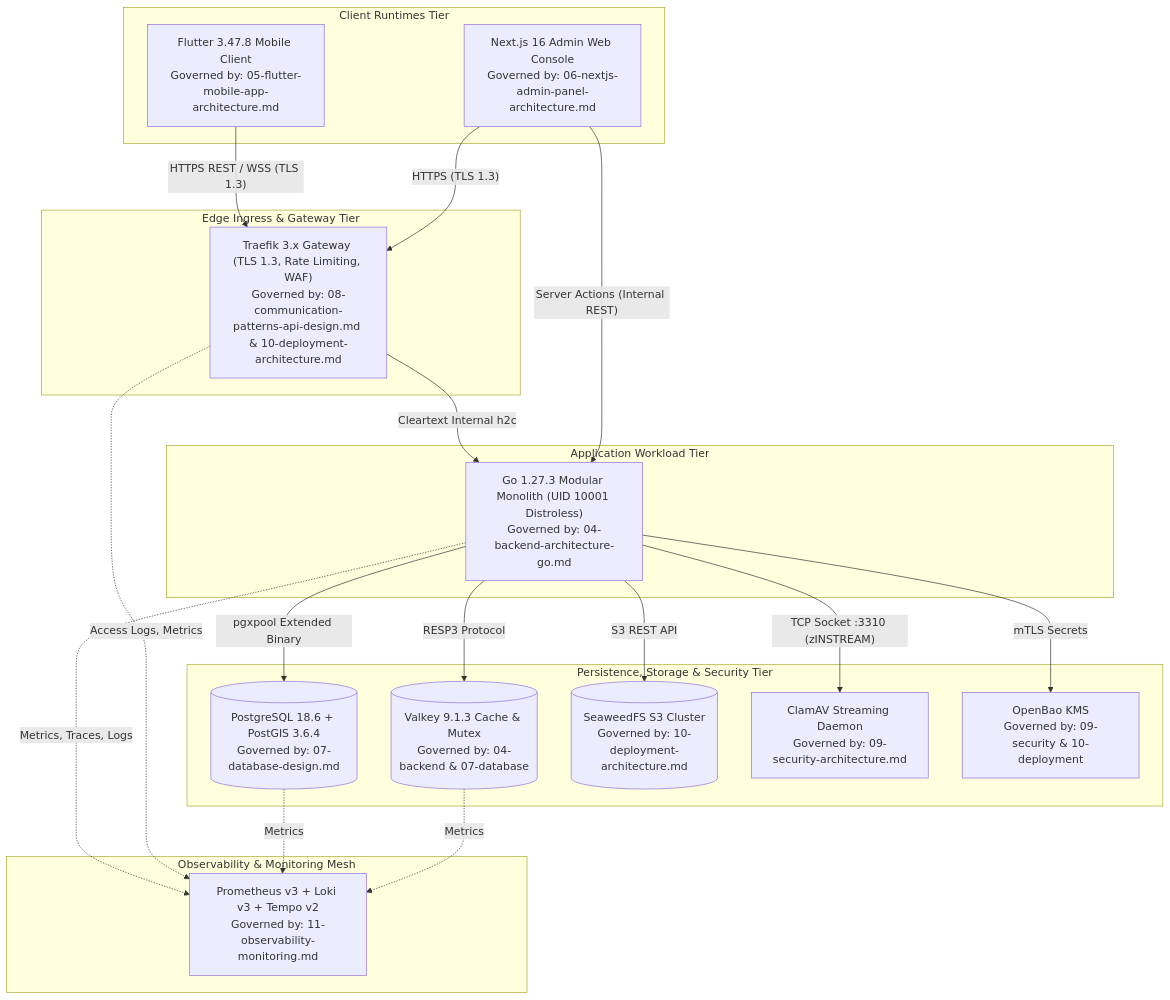
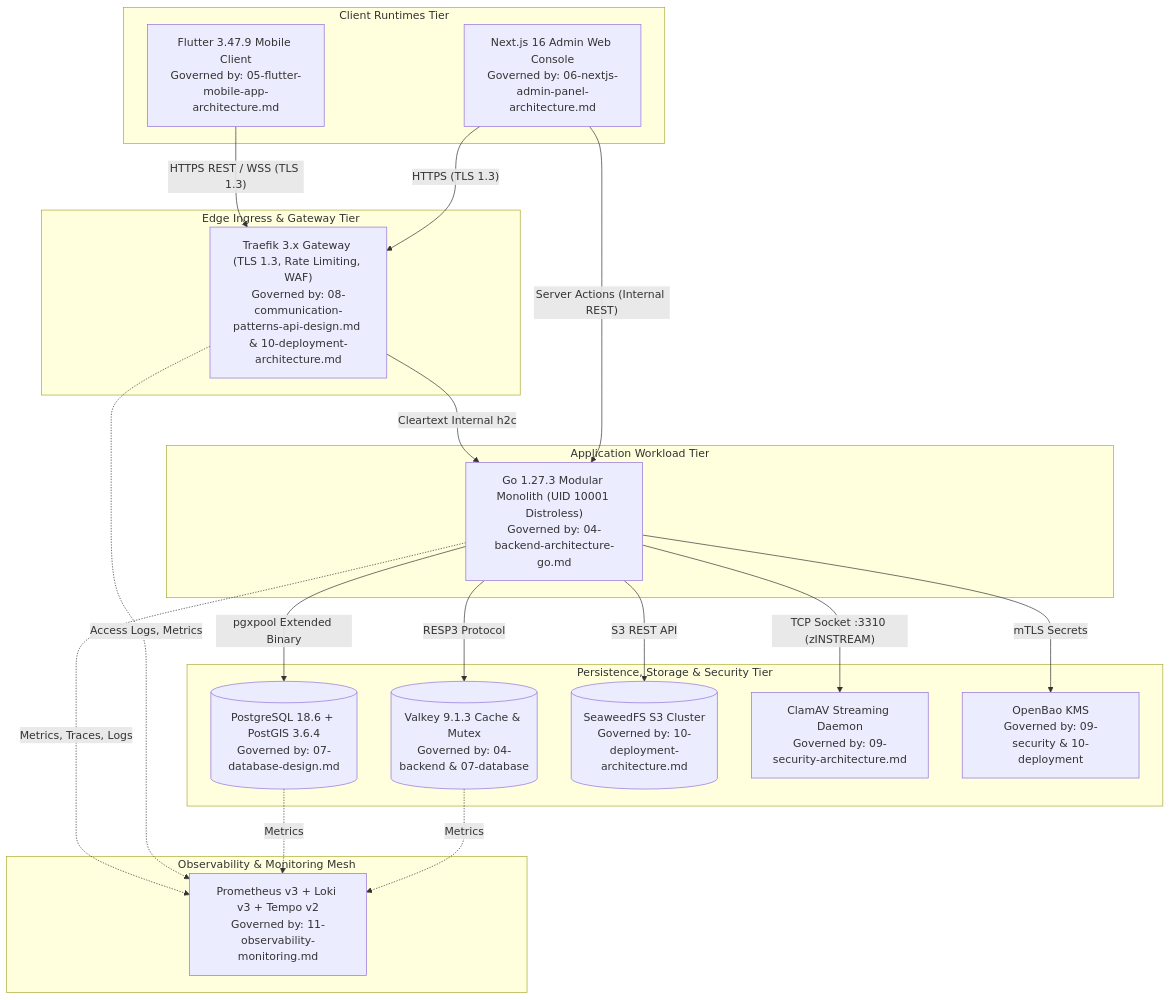
The second of 4 diagrams in docs/shared/architecture/INDEX.md (YDink/Heavy-Machinery-Logistics-Rental), drawn with Mermaid before and after one commit. The commit also changed other lines of this file and 183 other files, not shown here.

````diff
--- a/docs/shared/architecture/INDEX.md
+++ b/docs/shared/architecture/INDEX.md
@@ -111,44 +111,44 @@
 ```mermaid
 flowchart TD
     subgraph ClientTier ["Client Runtimes Tier"]
-        FlutterApp["Flutter 3.47.8 Mobile Client<br/>Governed by: 05-flutter-mobile-app-architecture.md"]
+        FlutterApp["Flutter 3.47.9 Mobile Client<br/>Governed by: 05-flutter-mobile-app-architecture.md"]
         AdminWeb["Next.js 16 Admin Web Console<br/>Governed by: 06-nextjs-admin-panel-architecture.md"]
     end
 
     subgraph IngressTier ["Edge Ingress & Gateway Tier"]
         TraefikEdge["Traefik 3.x Gateway (TLS 1.3, Rate Limiting, WAF)<br/>Governed by: 08-communication-patterns-api-design.md & 10-deployment-architecture.md"]
     end
 
     subgraph AppTier ["Application Workload Tier"]
         GoMonolith["Go 1.27.3 Modular Monolith (UID 10001 Distroless)<br/>Governed by: 04-backend-architecture-go.md"]
     end
 
     subgraph DataTier ["Persistence, Storage & Security Tier"]
         PostgreSQL[("PostgreSQL 18.6 + PostGIS 3.6.4<br/>Governed by: 07-database-design.md")]
         Valkey[("Valkey 9.1.3 Cache & Mutex<br/>Governed by: 04-backend & 07-database")]
         SeaweedFS[("SeaweedFS S3 Cluster<br/>Governed by: 10-deployment-architecture.md")]
         ClamAV["ClamAV Streaming Daemon<br/>Governed by: 09-security-architecture.md"]
         OpenBao["OpenBao KMS<br/>Governed by: 09-security & 10-deployment"]
     end
 
     subgraph ObservabilityMesh ["Observability & Monitoring Mesh"]
         Telemetry["Prometheus v3 + Loki v3 + Tempo v2<br/>Governed by: 11-observability-monitoring.md"]
     end
 
     FlutterApp -->|"HTTPS REST / WSS (TLS 1.3)"| TraefikEdge
     AdminWeb -->|"HTTPS (TLS 1.3)"| TraefikEdge
 
     TraefikEdge -->|"Cleartext Internal h2c"| GoMonolith
     AdminWeb -->|"Server Actions (Internal REST)"| GoMonolith
 
     GoMonolith -->|"pgxpool Extended Binary"| PostgreSQL
     GoMonolith -->|"RESP3 Protocol"| Valkey
     GoMonolith -->|"S3 REST API"| SeaweedFS
     GoMonolith -->|"TCP Socket :3310 (zINSTREAM)"| ClamAV
     GoMonolith -->|"mTLS Secrets"| OpenBao
 
     GoMonolith -.->|"Metrics, Traces, Logs"| Telemetry
     TraefikEdge -.->|"Access Logs, Metrics"| Telemetry
     PostgreSQL -.->|"Metrics"| Telemetry
     Valkey -.->|"Metrics"| Telemetry
 ```
````
